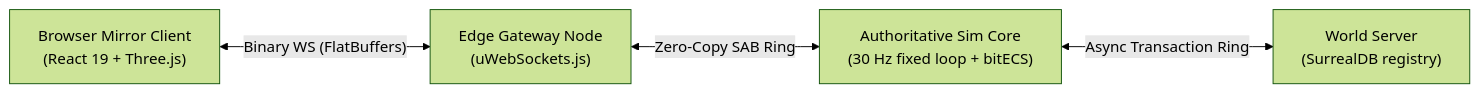
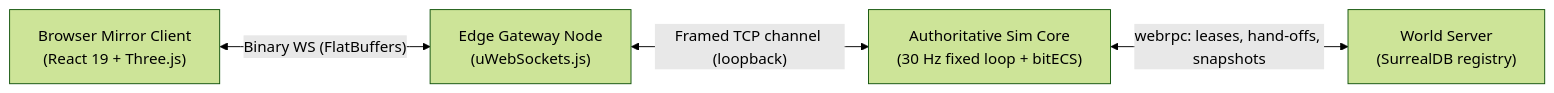
Before and after one commit to SirHertzAlot/NexusMMOEngine: the first of 2 diagrams in docs/wiki/01-architecture-overview.md, drawn with Mermaid (forest theme). The commit also changed other lines of this file and 11 other files, not shown here.

````diff
--- a/docs/wiki/01-architecture-overview.md
+++ b/docs/wiki/01-architecture-overview.md
@@ -20,11 +20,11 @@
 ```mermaid
 flowchart LR
     Client["Browser Mirror Client<br/>(React 19 + Three.js)"]
     Edge["Edge Gateway Node<br/>(uWebSockets.js)"]
     Core["Authoritative Sim Core<br/>(30 Hz fixed loop + bitECS)"]
     World["World Server<br/>(SurrealDB registry)"]
 
     Client <-->|"Binary WS (FlatBuffers)"| Edge
-    Edge <-->|"Zero-Copy SAB Ring"| Core
-    Core <-->|"Async Transaction Ring"| World
+    Edge <-->|"Framed TCP channel (loopback)"| Core
+    Core <-->|"webrpc: leases, hand-offs, snapshots"| World
 ```
````
